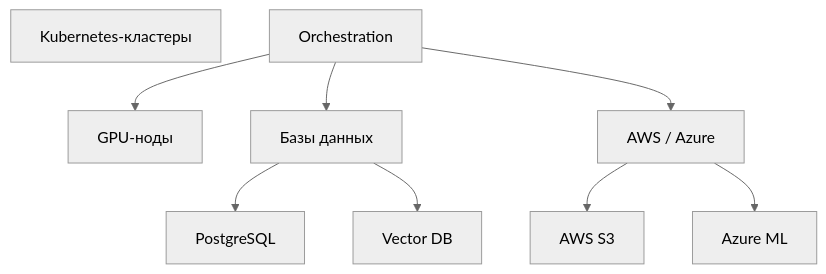
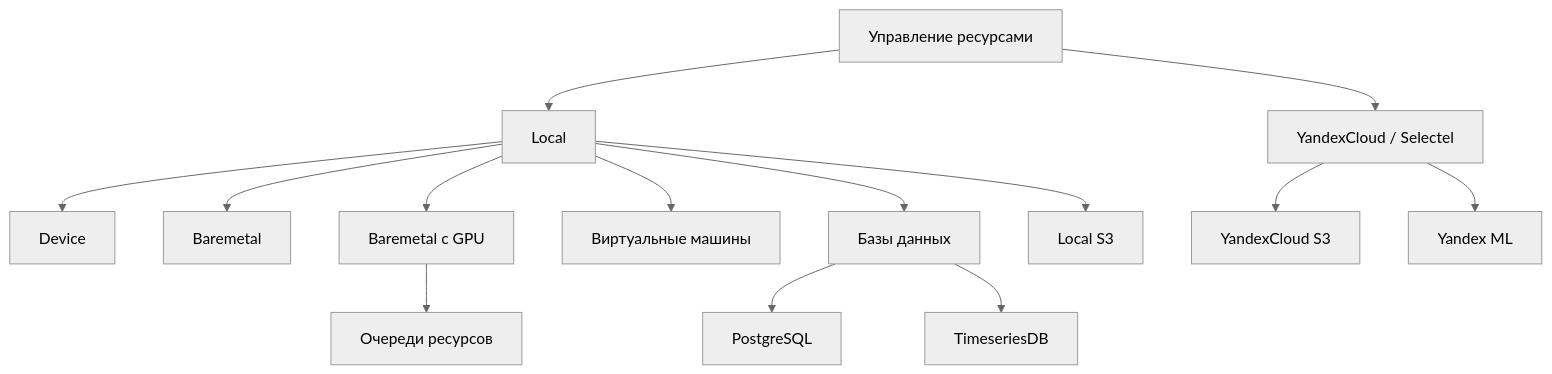
Before and after one commit to kat-spb/JustTests: the fifth of 9 diagrams in archi_presentation2.md, drawn with Mermaid (neutral theme).

Commit message:
Update deploy

````diff
--- a/archi_presentation2.md
+++ b/archi_presentation2.md
@@ -106,21 +106,34 @@
 ```mermaid
 graph TD
-    Kubernetes[Kubernetes-кластеры]
-    GPU[GPU-ноды]
+    Orchestration[Управление ресурсами]
+    CPU[Baremetal]
+    GPU[Baremetal c GPU]
+    VM[Виртуальные машины]
     DB[Базы данных]
+    LocalS3[Local S3]
     PostgreSQL[PostgreSQL]
-    VectorDB[Vector DB]
+    VectorDB[TimeseriesDB]
+    Slurm[Очереди ресурсов]
 
-    Cloud[AWS / Azure]
-    S3[AWS S3]
-    AzureML[Azure ML]
+    Cloud[YandexCloud / Selectel]
+    S3[YandexCloud S3]
+    YandexML[Yandex ML]
 
-    Orchestration --> GPU
-    Orchestration --> DB
+    GPU --> Slurm
+
+    Local --> Device
+    Local --> CPU
+    Local --> GPU
+    Local --> VM
+    Local --> DB
+    Local --> LocalS3
+    Orchestration --> Local
+
     DB --> PostgreSQL
     DB --> VectorDB
 
     Cloud --> S3
-    Cloud --> AzureML
+    Cloud --> YandexML
     Orchestration --> Cloud
+
 ```
````
